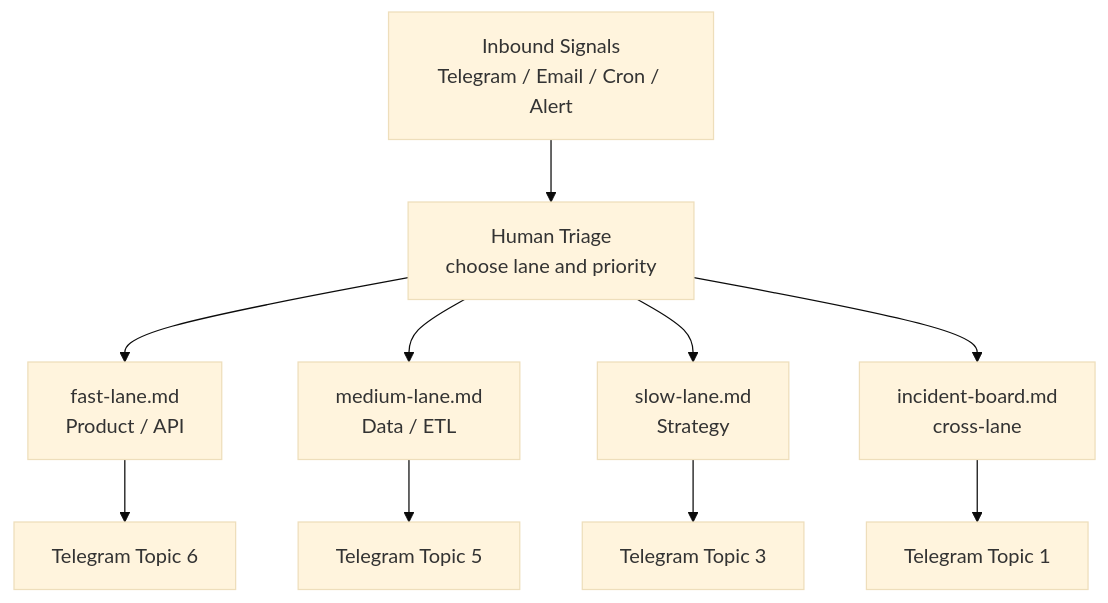
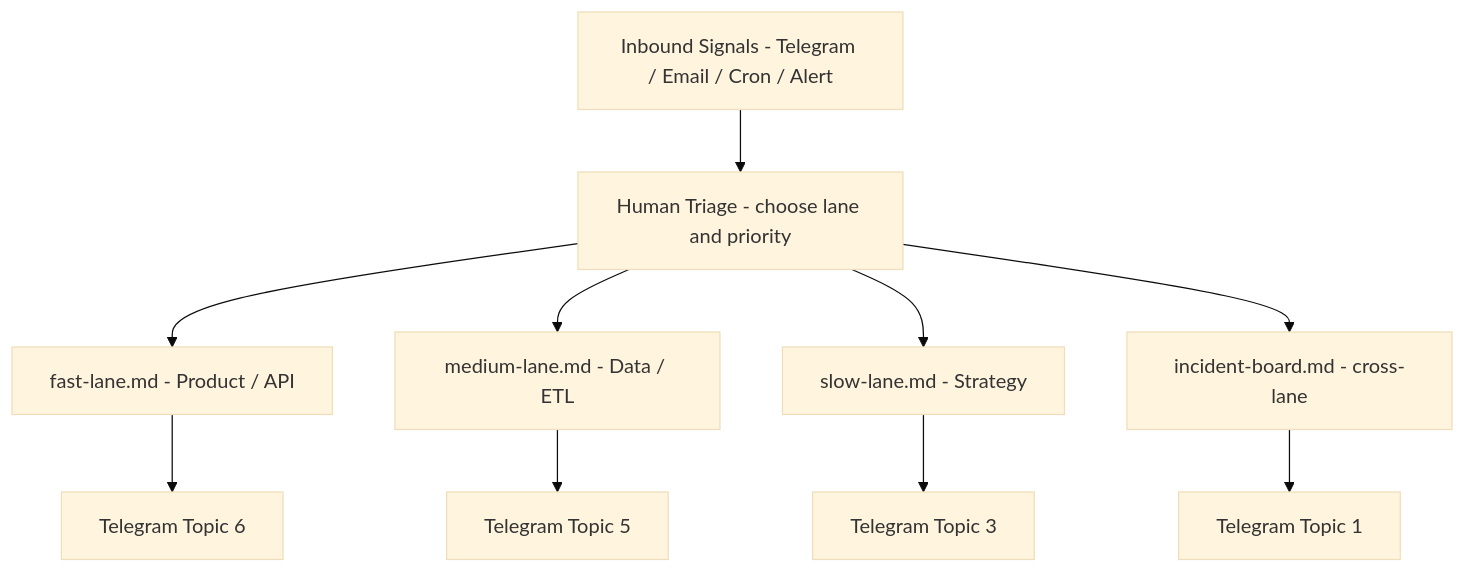
Before and after one commit to mmartoccia/ghost-orchestration-pattern: the diagram in reference/BOARD_LAYER.md, drawn with Mermaid (base theme). The commit also changed 5 other files, not shown here.

Commit message:
Fix Mermaid: replace backslash-n and <--> with GitHub-safe syntax

````diff
--- a/reference/BOARD_LAYER.md
+++ b/reference/BOARD_LAYER.md
@@ -3,12 +3,12 @@
 ```mermaid
 flowchart TD
-    A["Inbound Signals\nTelegram / Email / Cron / Alert"] --> B["Human Triage\nchoose lane and priority"]
-    B --> C["fast-lane.md\nProduct / API"]
-    B --> D["medium-lane.md\nData / ETL"]
-    B --> E["slow-lane.md\nStrategy"]
-    B --> F["incident-board.md\ncross-lane"]
+    A["Inbound Signals - Telegram / Email / Cron / Alert"] --> B["Human Triage - choose lane and priority"]
+    B --> C["fast-lane.md - Product / API"]
+    B --> D["medium-lane.md - Data / ETL"]
+    B --> E["slow-lane.md - Strategy"]
+    B --> F["incident-board.md - cross-lane"]
     C --> C1["Telegram Topic 6"]
     D --> D1["Telegram Topic 5"]
     E --> E1["Telegram Topic 3"]
     F --> F1["Telegram Topic 1"]
 ```
````
